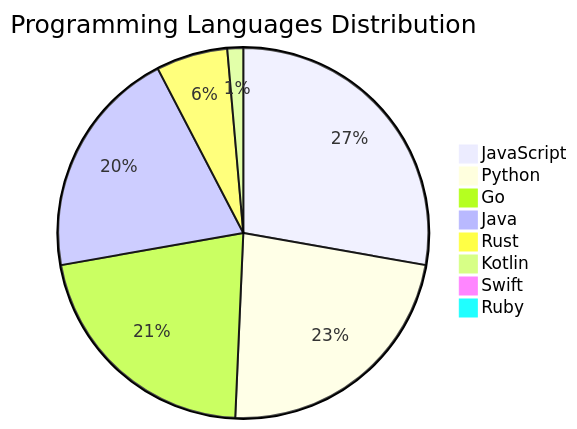
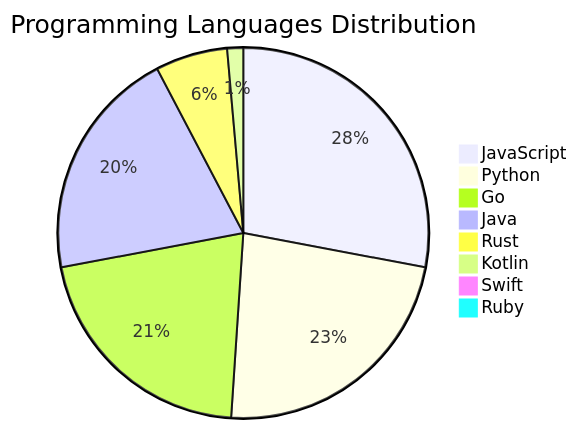
Before and after one commit to Derrick-MUGISHA/github-activity-bot: the diagram in README.md, drawn with Mermaid. The commit also changed other lines of this file and 4 other files, not shown here.

````diff
--- a/README.md
+++ b/README.md
@@ -211,11 +211,11 @@
 ```mermaid
 pie title Programming Languages Distribution
     "JavaScript" : 40
     "Python" : 33
-    "Go" : 31
+    "Go" : 30
     "Java" : 29
     "Rust" : 9
     "Kotlin" : 2
     "Swift" : 1
     "Ruby" : 1
 ```
````
